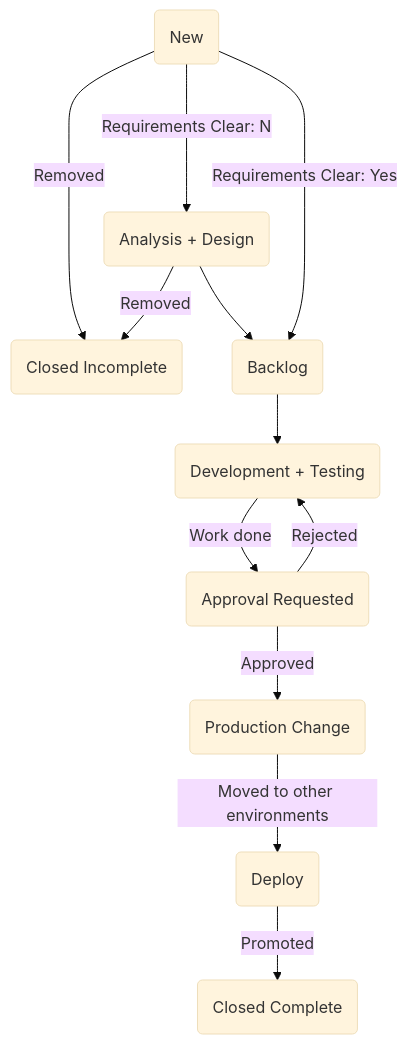
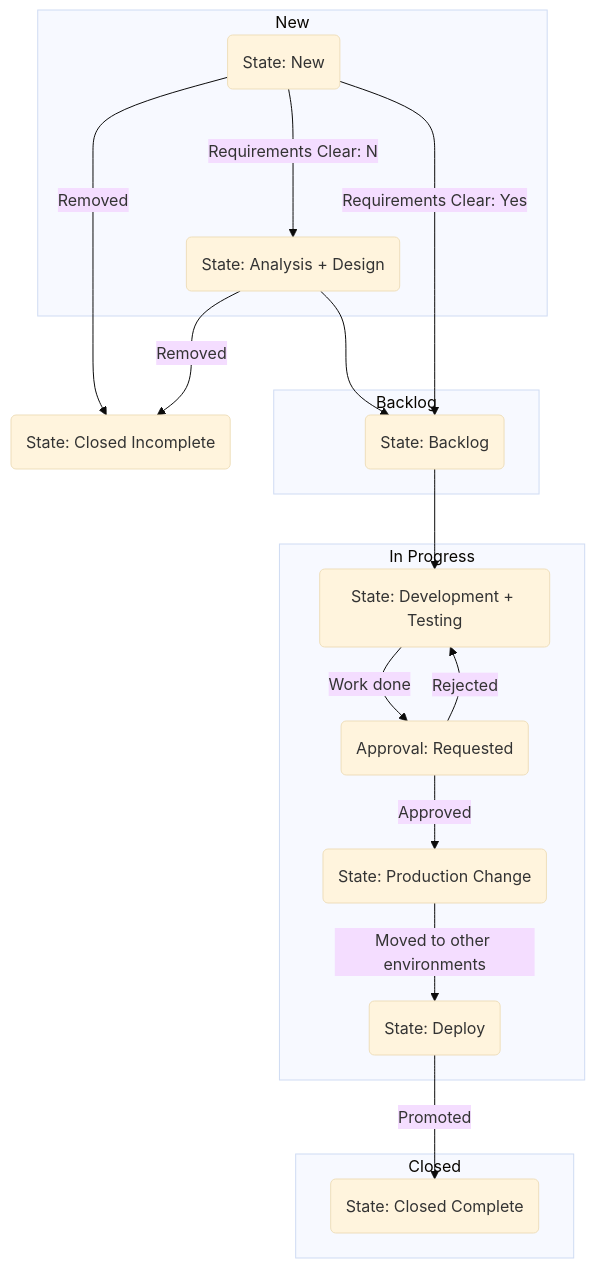
Before and after one commit to jacebenson/workflow: the diagram in public/mmd/intake.mmd, drawn with Mermaid (base theme). The commit also changed other lines of this file, not shown here.

Commit message:
Update intake

```diff
--- a/public/mmd/intake.mmd
+++ b/public/mmd/intake.mmd
@@ -1,22 +1,30 @@
-graph TD
-  NEW(New)
-  A+D(Analysis + Design)
-  BAC(Backlog)
-  DEV(Development + Testing)  
-  REQ(Approval Requested)
-  PRO(Production Change)
-  DEP(Deploy)
-  COM(Closed Complete)
-  CIN(Closed Incomplete)
+graph TB
+  subgraph New
+    NEW(State: New)
+    A+D(State: Analysis + Design)
+  end
+  subgraph Backlog
+    BAC(State: Backlog)
+  end
+  subgraph In Progress
+    DEV(State: Development + Testing)  
+    REQ(Approval: Requested)
+    PRO(State: Production Change)
+    DEP(State: Deploy)
+  end
+  subgraph Closed
+    COM(State: Closed Complete)
+  end
+  CIN(State: Closed Incomplete)
 
   NEW--Removed-->CIN
   NEW--Requirements Clear: No-->A+D
   NEW--Requirements Clear: Yes-->BAC
   A+D--Removed-->CIN
   A+D-->BAC
   BAC-->DEV
   DEV--Work done-->REQ
   REQ--Approved-->PRO
   REQ--Rejected-->DEV
   PRO--Moved to other environments-->DEP
   DEP--Promoted-->COM
```
